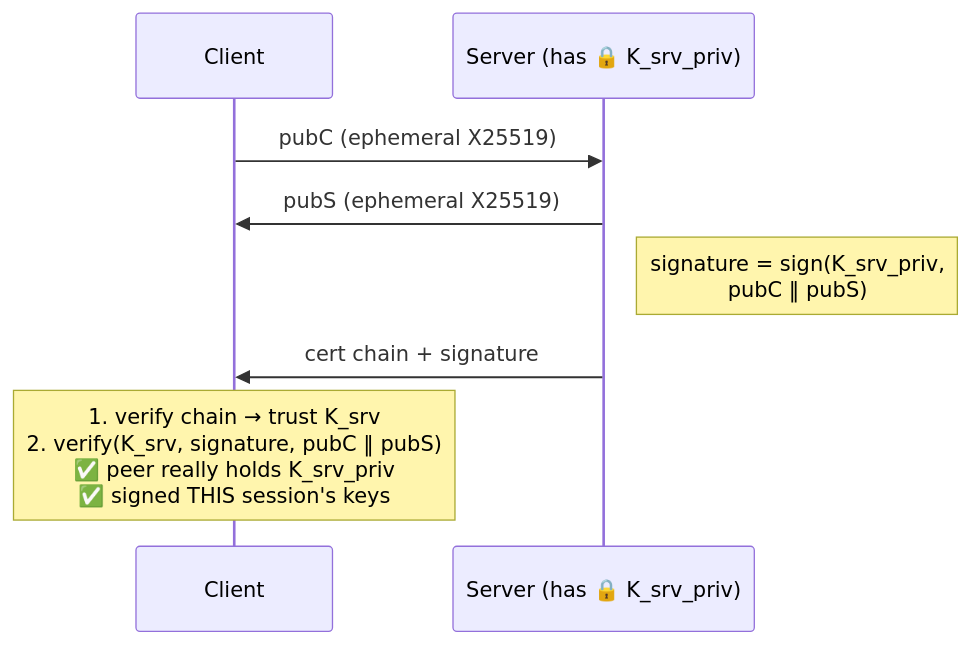
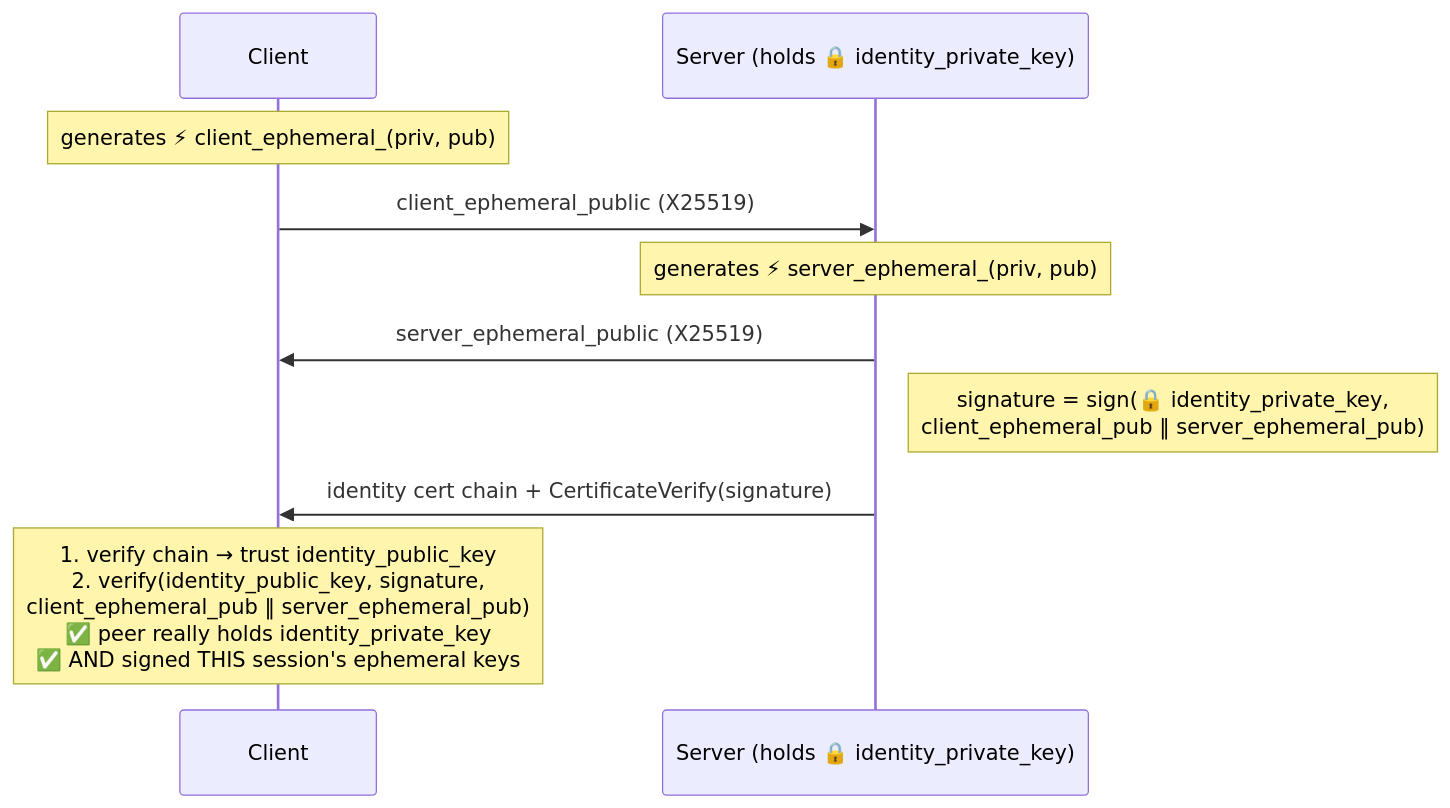
One commit to DmytroHuzz/rebuilding_tls changed diagram 15 of 19 in part_4/walkthrough/walkthrough.qmd. Above: the diagram before and after it, drawn with Mermaid. The commit also changed other lines of this file and 10 other files, not shown here.

````diff
--- a/part_4/walkthrough/walkthrough.qmd
+++ b/part_4/walkthrough/walkthrough.qmd
@@ -296,11 +462,13 @@
 ```{mermaid}
 sequenceDiagram
     participant C as Client
-    participant S as Server (has 🔒 K_srv_priv)
+    participant S as Server (holds 🔒 identity_private_key)
 
-    C->>S: pubC (ephemeral X25519)
-    S->>C: pubS (ephemeral X25519)
-    Note right of S: signature = sign(K_srv_priv,<br/>   pubC ‖ pubS)
-    S->>C: cert chain + signature
-    Note over C: 1. verify chain → trust K_srv<br/>2. verify(K_srv, signature, pubC ‖ pubS)<br/>   ✅ peer really holds K_srv_priv<br/>   ✅ signed THIS session's keys
+    Note over C: generates ⚡ client_ephemeral_(priv, pub)
+    C->>S: client_ephemeral_public (X25519)
+    Note over S: generates ⚡ server_ephemeral_(priv, pub)
+    S->>C: server_ephemeral_public (X25519)
+    Note right of S: signature = sign(🔒 identity_private_key,<br/>   client_ephemeral_pub ‖ server_ephemeral_pub)
+    S->>C: identity cert chain + CertificateVerify(signature)
+    Note over C: 1. verify chain → trust identity_public_key<br/>2. verify(identity_public_key, signature,<br/>          client_ephemeral_pub ‖ server_ephemeral_pub)<br/>   ✅ peer really holds identity_private_key<br/>   ✅ AND signed THIS session's ephemeral keys
 ```
````
